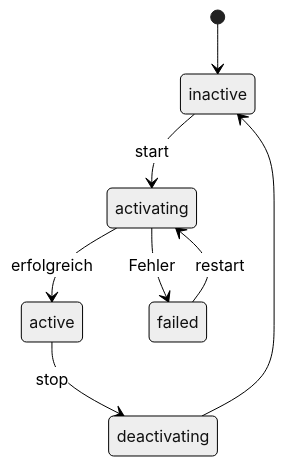
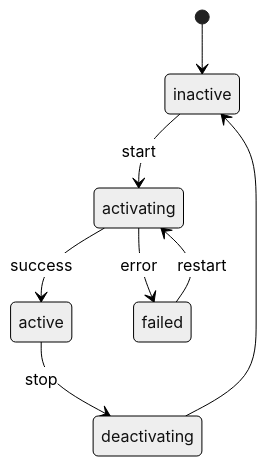
Before and after one commit to vvmanusvv-sudo/linux-cheatsheet: the first of 2 diagrams in README.md, drawn with Mermaid (neutral theme). The commit also changed other lines of this file, not shown here.

````diff
--- a/README.md
+++ b/README.md
@@ -453,10 +453,10 @@
 ```mermaid
 stateDiagram-v2
     [*] --> inactive
     inactive --> activating: start
-    activating --> active: erfolgreich
-    activating --> failed: Fehler
+    activating --> active: success
+    activating --> failed: error
     active --> deactivating: stop
     deactivating --> inactive
     failed --> activating: restart
 ```
````
